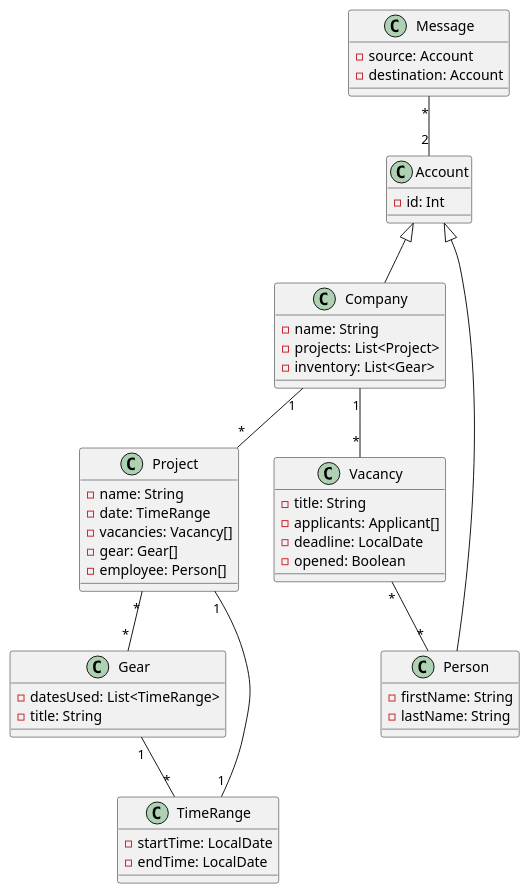
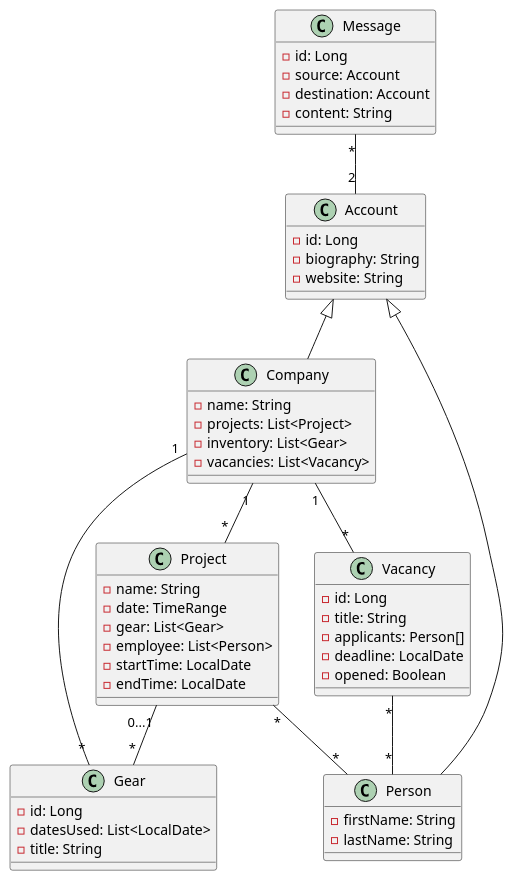
The diagram in cld/cld.puml (DirectorsView/documentation), drawn with PlantUML before and after one commit.

Commit message:
#11 add fields 'biography' and 'website' to account

```diff
--- a/cld/cld.puml
+++ b/cld/cld.puml
@@ -1,54 +1,61 @@
 @startuml
+
 class Account {
-- id: Int
+- id: Long
+- biography: String
+- website: String
 }
+
 class Company {
 - name: String
 - projects: List<Project>
 - inventory: List<Gear>
+- vacancies: List<Vacancy>
 }
 
 class Project {
 - name: String
 - date: TimeRange
-- vacancies: Vacancy[]
-- gear: Gear[]
-- employee: Person[]
+- gear: List<Gear>
+- employee: List<Person>
+- startTime: LocalDate
+- endTime: LocalDate
 }
 
 class Gear {
-- datesUsed: List<TimeRange>
+- id: Long
+- datesUsed: List<LocalDate>
 - title: String
-}
-
-class TimeRange {
-- startTime: LocalDate
-- endTime: LocalDate
 }
 
 class Person {
 - firstName: String
 - lastName: String
 }
+
 class Vacancy {
+- id: Long
 - title: String
-- applicants: Applicant[]
+- applicants: Person[]
 - deadline: LocalDate
 - opened: Boolean
 }
+
 class Message {
+- id: Long
 - source: Account
 - destination: Account
+- content: String
 }
 
 Account <|-- Company
 Account <|-- Person
 Company "1" -- "*" Project
 Company "1" -- "*" Vacancy
 Vacancy "*" -- "*"Person
 Message "*" -- "2" Account
-Project "*" -- "*" Gear
-Project "1" -- "1" TimeRange
-Gear "1" -- "*" TimeRange
+Project "0...1" -- "*" Gear
+Gear "*" -- "1" Company
+Project "*" -- "*" Person
 
 @enduml
```
